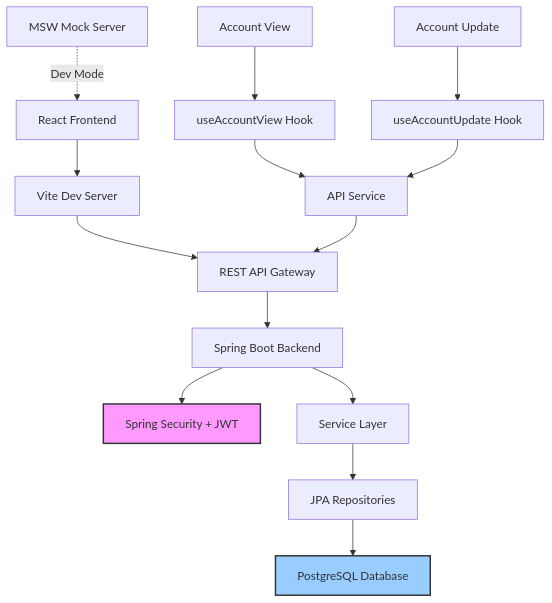
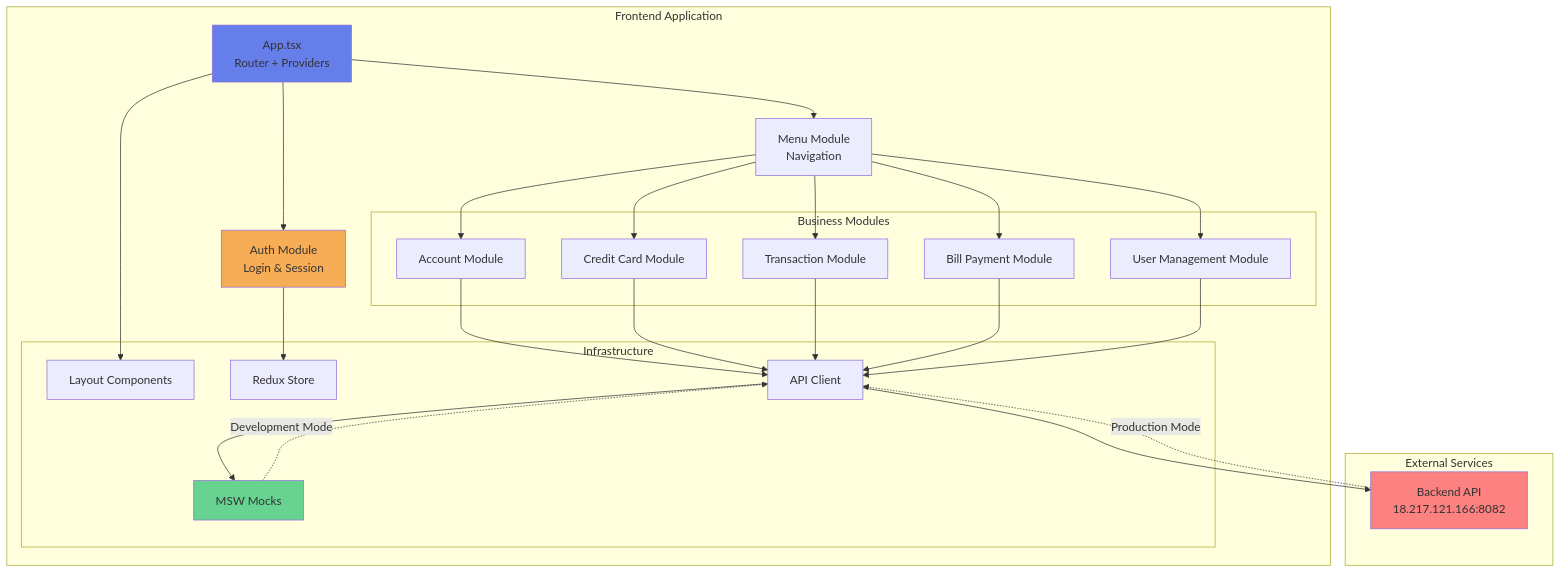
Before and after one commit to Stefanini-Squad-AI/demo-sai-3-aws: the diagram in docs/system-overview.md, drawn with Mermaid. The commit also changed other lines of this file and 13 other files, not shown here.

````diff
--- a/docs/system-overview.md
+++ b/docs/system-overview.md
@@ -73,23 +217,54 @@
 ```mermaid
-graph TD
-    A[React Frontend] --> B[Vite Dev Server]
-    B --> C[REST API Gateway]
-    C --> D[Spring Boot Backend]
-    D --> E[Spring Security + JWT]
-    D --> F[Service Layer]
-    F --> G[JPA Repositories]
-    G --> H[PostgreSQL Database]
+graph TB
+    subgraph "Frontend Application"
+        APP[App.tsx<br/>Router + Providers]
+        AUTH[Auth Module<br/>Login & Session]
+        MENU[Menu Module<br/>Navigation]
+        
+        subgraph "Business Modules"
+            ACCOUNT[Account Module]
+            CARD[Credit Card Module]
+            TXN[Transaction Module]
+            BILL[Bill Payment Module]
+            USER[User Management Module]
+        end
+        
+        subgraph "Infrastructure"
+            LAYOUT[Layout Components]
+            STORE[Redux Store]
+            API[API Client]
+            MOCKS[MSW Mocks]
+        end
+    end
     
-    I[MSW Mock Server] -.->|Dev Mode| A
+    subgraph "External Services"
+        BACKEND[Backend API<br/>18.217.121.166:8082]
+    end
     
-    J[Account View] --> K[useAccountView Hook]
-    K --> L[API Service]
+    APP --> AUTH
+    APP --> MENU
+    APP --> LAYOUT
+    AUTH --> STORE
+    MENU --> ACCOUNT
+    MENU --> CARD
+    MENU --> TXN
+    MENU --> BILL
+    MENU --> USER
     
-    M[Account Update] --> N[useAccountUpdate Hook]
-    N --> L
+    ACCOUNT --> API
+    CARD --> API
+    TXN --> API
+    BILL --> API
+    USER --> API
     
-    L --> C
+    API --> MOCKS
+    API --> BACKEND
     
-    style E fill:#f9f,stroke:#333,stroke-width:2px
-    style H fill:#9cf,stroke:#333,stroke-width:2px
+    MOCKS -.Development Mode.-> API
+    BACKEND -.Production Mode.-> API
+    
+    style APP fill:#667eea
+    style AUTH fill:#f6ad55
+    style MOCKS fill:#68d391
+    style BACKEND fill:#fc8181
 ```
````
